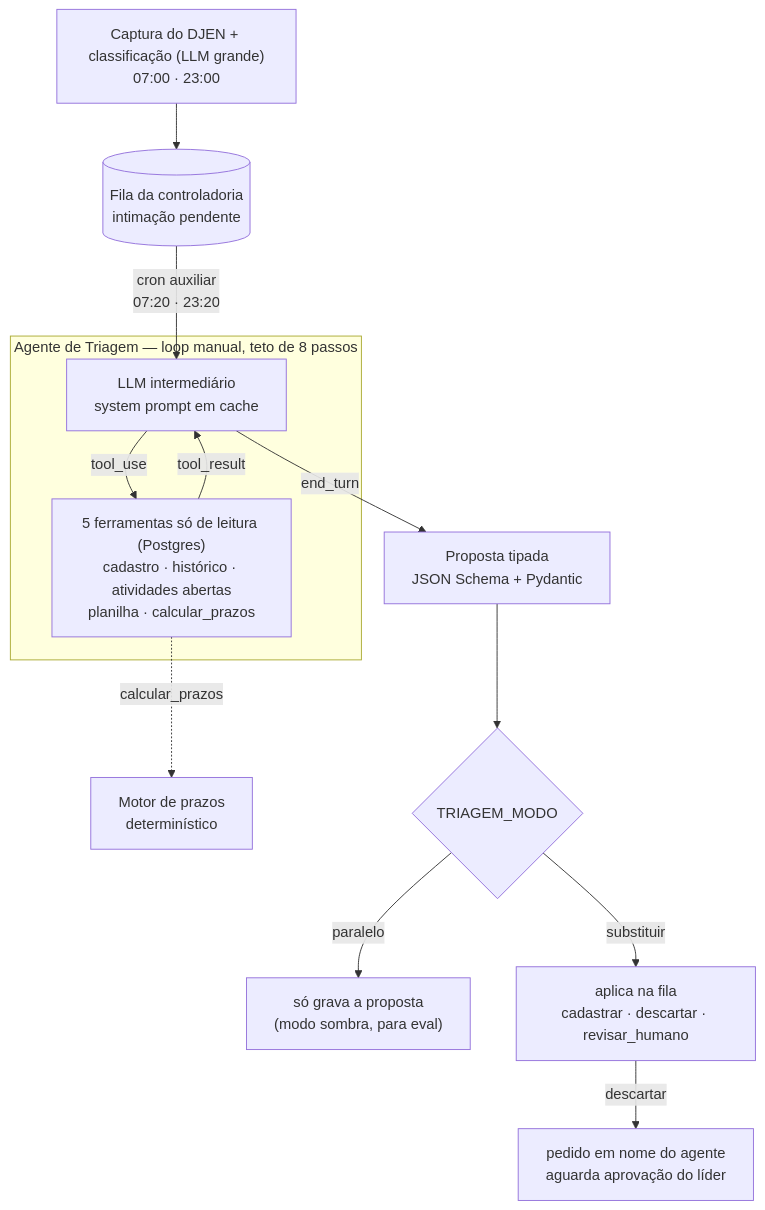
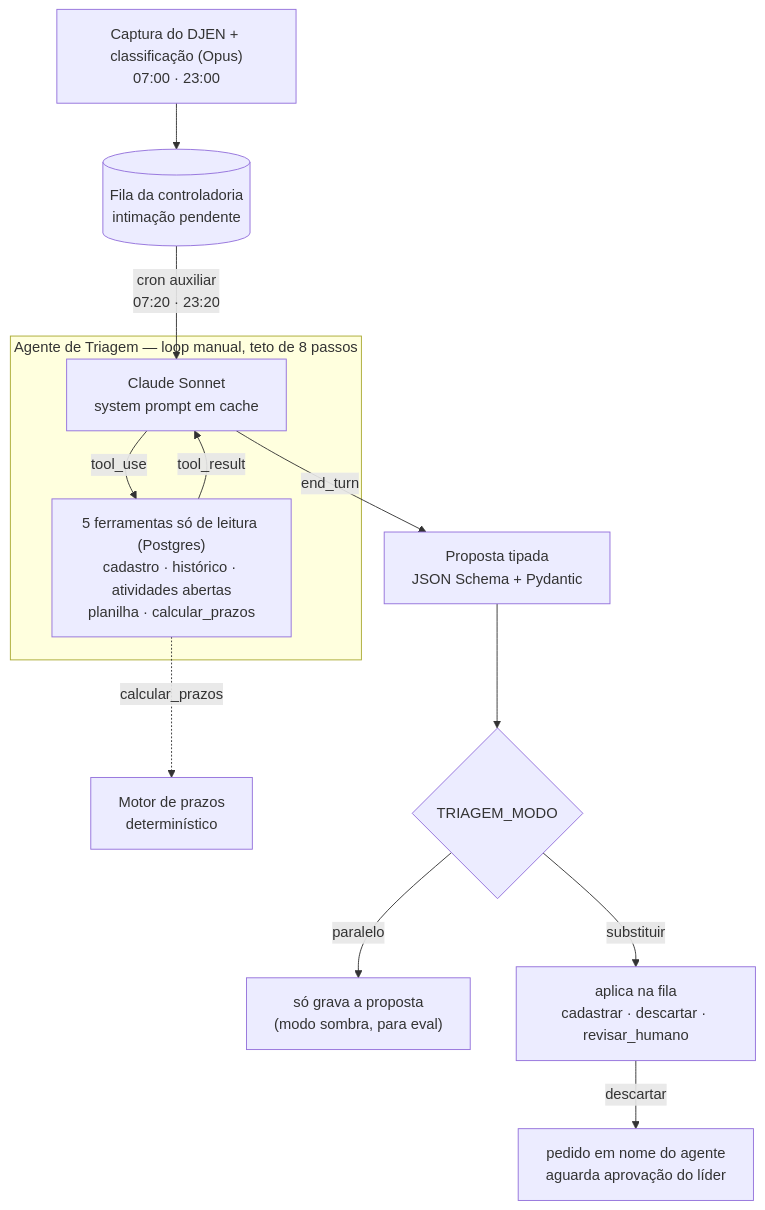
One commit to jmilheiro73/legal-ops-ai changed the second of 2 diagrams in README.md. Above: the diagram before and after it, drawn with Mermaid. The commit also changed other lines of this file and 5 other files, not shown here.

````diff
--- a/README.md
+++ b/README.md
@@ -114,17 +114,17 @@
 ```mermaid
 flowchart TD
-    CAP["Captura do DJEN + classificação (LLM grande)\n07:00 · 23:00"] --> FILA[("Fila da controladoria\nintimação pendente")]
+    CAP["Captura do DJEN + classificação (Opus)\n07:00 · 23:00"] --> FILA[("Fila da controladoria\nintimação pendente")]
     FILA -- "cron auxiliar\n07:20 · 23:20" --> LLM
     subgraph LOOP["Agente de Triagem — loop manual, teto de 8 passos"]
-        LLM["LLM intermediário\nsystem prompt em cache"]
+        LLM["Claude Sonnet\nsystem prompt em cache"]
         TOOLS["5 ferramentas só de leitura (Postgres)\ncadastro · histórico · atividades abertas\nplanilha · calcular_prazos"]
         LLM -- "tool_use" --> TOOLS
         TOOLS -- "tool_result" --> LLM
     end
     TOOLS -. "calcular_prazos" .-> MOTOR["Motor de prazos\ndeterminístico"]
     LLM -- "end_turn" --> PROP["Proposta tipada\nJSON Schema + Pydantic"]
     PROP --> MODO{"TRIAGEM_MODO"}
     MODO -- "paralelo" --> SOMBRA["só grava a proposta\n(modo sombra, para eval)"]
     MODO -- "substituir" --> APLICA["aplica na fila\ncadastrar · descartar · revisar_humano"]
     APLICA -- "descartar" --> LIDER["pedido em nome do agente\naguarda aprovação do líder"]
 ```
````
